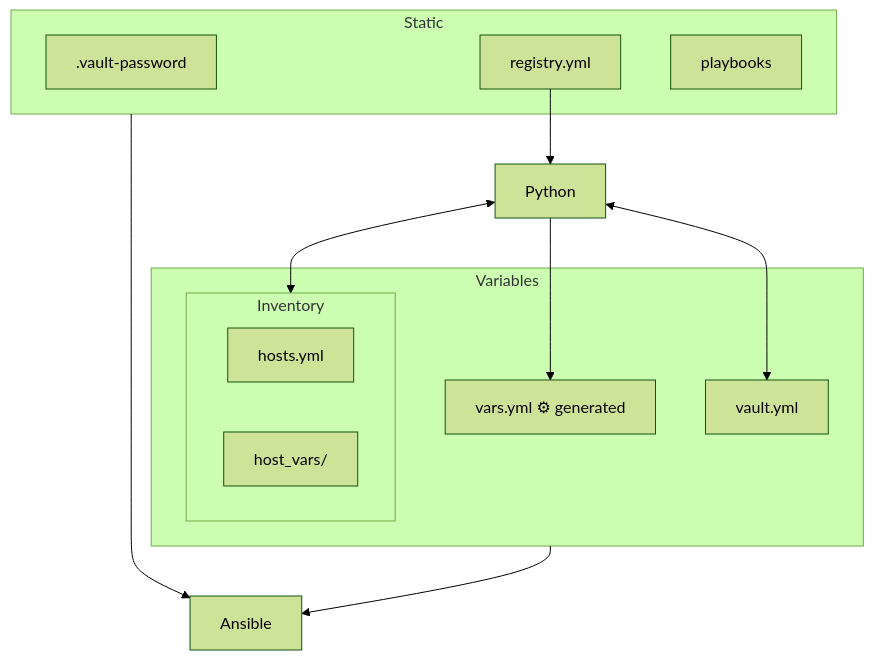
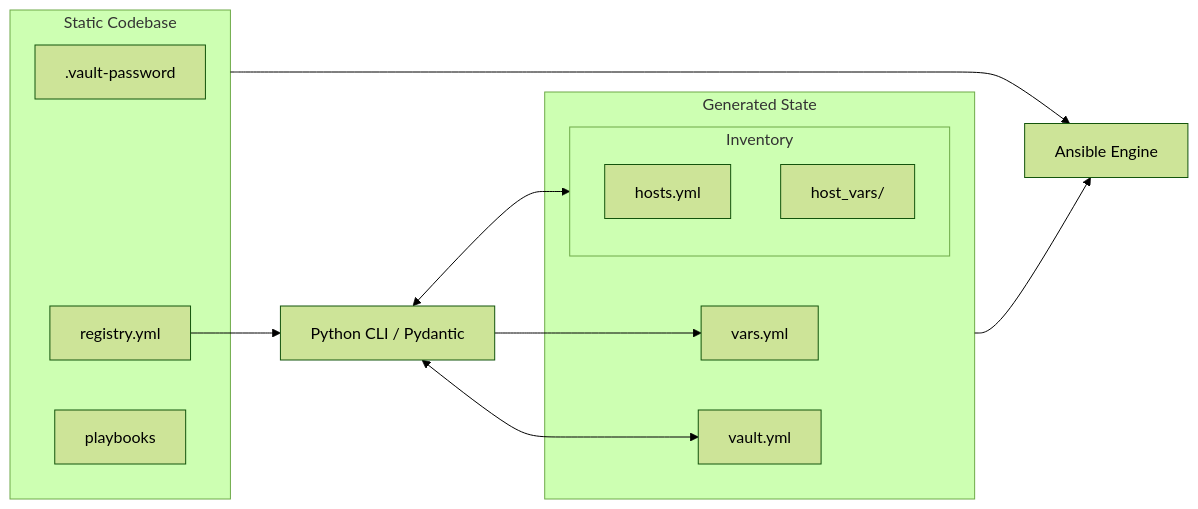
The first of 3 diagrams in docs/SPECS.md (BinaryBand/raspberry-hi), drawn with Mermaid (forest theme) before and after one commit. The commit also changed other lines of this file, not shown here.

Commit message:
docs: update project specifications; enhance system architecture and scaffolding details

````diff
--- a/docs/SPECS.md
+++ b/docs/SPECS.md
@@ -8,24 +5,23 @@
 ```mermaid
-flowchart
-  subgraph STAT [Static]
+flowchart LR
+  subgraph STAT [Static Codebase]
       VP[.vault-password]
       R[registry.yml]
       PB[playbooks]
   end
 
-  subgraph VARS [Variables]
+  subgraph VARS [Generated State]
     subgraph INV [Inventory]
       H[hosts.yml]
       HV[host_vars/]
     end
-
-    VAR[vars.yml ⚙ generated]
+    VAR[vars.yml]
     V[vault.yml]
   end
 
-  R --> PY[Python] --> VAR
+  R --> PY[Python CLI / Pydantic] --> VAR
   PY <--> INV
   PY <--> V
-  STAT --> A[Ansible]
+  STAT --> A[Ansible Engine]
   VARS --> A
 ```
````
